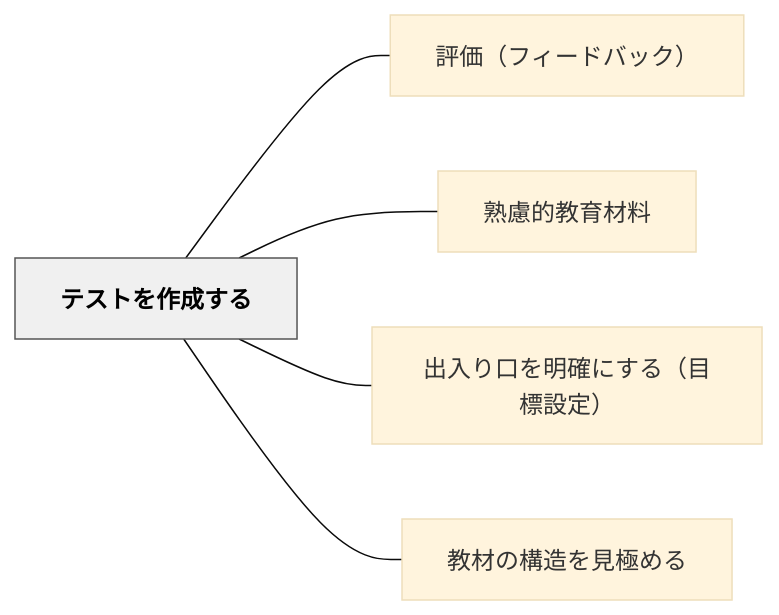
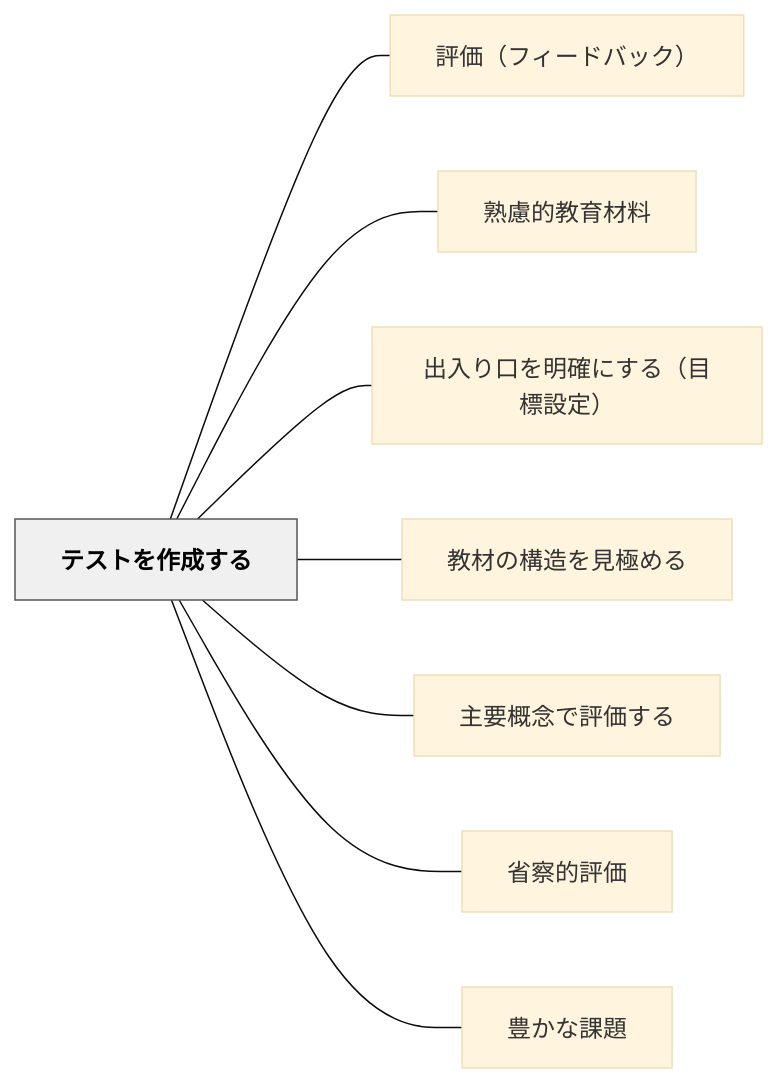
The diagram in content/パタン/テストを作成する.md (unknownthings-ed-patterns/unknownthings-ed-patterns), drawn with Mermaid (base theme) before and after one commit. The commit also changed other lines of this file and 71 other files, not shown here.

````diff
--- a/content/パタン/テストを作成する.md
+++ b/content/パタン/テストを作成する.md
@@ -45,16 +48,22 @@
 ```mermaid
 flowchart LR
     ne38386e382b9e38388e38292e4bd9ce68890e38199e3828b["テストを作成する"]
     ne8a995e4bea1efbc88e38395e382a3e383bce38389e38390e38383e382afefbc89["評価（フィードバック）"]
     ne7869fe685aee79a84e69599e882b2e69d90e69699["熟慮的教育材料"]
     ne587bae585a5e3828ae58fa3e38292e6988ee7a2bae381abe38199e3828befbc88e79baee6a899e8a8ade5ae9aefbc89["出入り口を明確にする（目標設定）"]
     ne69599e69d90e381aee6a78be980a0e38292e8a68be6a5b5e38281e3828b["教材の構造を見極める"]
+    ne4b8bbe8a681e6a682e5bfb5e381a7e8a995e4bea1e38199e3828b["主要概念で評価する"]
+    ne79c81e5af9fe79a84e8a995e4bea1["省察的評価"]
+    ne8b18ae3818be381aae8aab2e9a18c["豊かな課題"]
 
     ne38386e382b9e38388e38292e4bd9ce68890e38199e3828b --- ne8a995e4bea1efbc88e38395e382a3e383bce38389e38390e38383e382afefbc89
     ne38386e382b9e38388e38292e4bd9ce68890e38199e3828b --- ne7869fe685aee79a84e69599e882b2e69d90e69699
     ne38386e382b9e38388e38292e4bd9ce68890e38199e3828b --- ne587bae585a5e3828ae58fa3e38292e6988ee7a2bae381abe38199e3828befbc88e79baee6a899e8a8ade5ae9aefbc89
     ne38386e382b9e38388e38292e4bd9ce68890e38199e3828b --- ne69599e69d90e381aee6a78be980a0e38292e8a68be6a5b5e38281e3828b
+    ne38386e382b9e38388e38292e4bd9ce68890e38199e3828b --- ne4b8bbe8a681e6a682e5bfb5e381a7e8a995e4bea1e38199e3828b
+    ne38386e382b9e38388e38292e4bd9ce68890e38199e3828b --- ne79c81e5af9fe79a84e8a995e4bea1
+    ne38386e382b9e38388e38292e4bd9ce68890e38199e3828b --- ne8b18ae3818be381aae8aab2e9a18c
 
     classDef hub fill:#f0f0f0,stroke:#555,color:#000,font-weight:bold
     class ne38386e382b9e38388e38292e4bd9ce68890e38199e3828b hub
 ```
````
